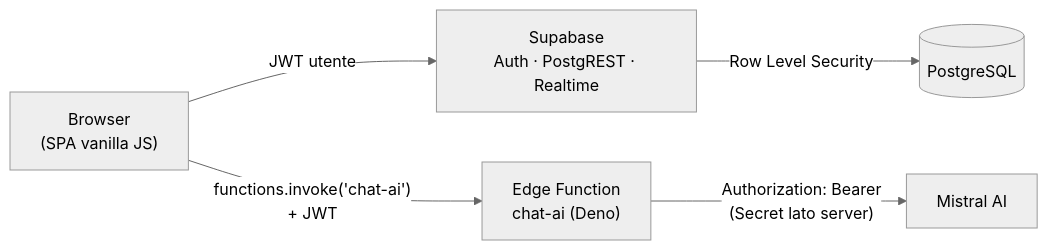
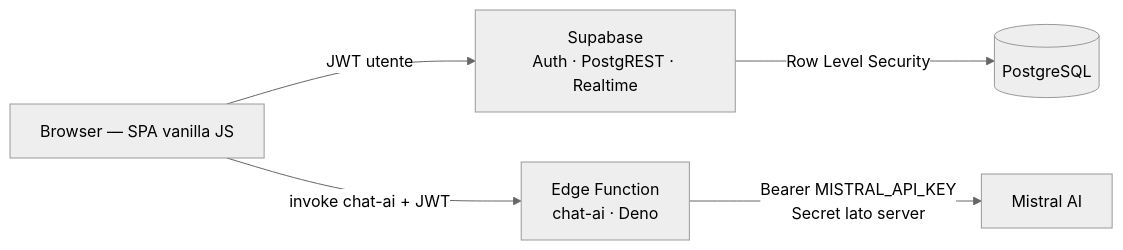
One commit to chiarafioref/MyWallet changed the diagram in README.md. Above: the diagram before and after it, drawn with Mermaid (neutral theme).

Commit message:
docs: semplifica diagramma mermaid

````diff
--- a/README.md
+++ b/README.md
@@ -121,7 +121,7 @@
 ```mermaid
 flowchart LR
-    B["Browser<br/>(SPA vanilla JS)"] -- "JWT utente" --> S["Supabase<br/>Auth · PostgREST · Realtime"]
+    B["Browser — SPA vanilla JS"] -- "JWT utente" --> S["Supabase<br/>Auth · PostgREST · Realtime"]
     S -- "Row Level Security" --> DB[("PostgreSQL")]
-    B -- "functions.invoke('chat-ai')<br/>+ JWT" --> EF["Edge Function<br/>chat-ai (Deno)"]
-    EF -- "Authorization: Bearer<br/>(Secret lato server)" --> M["Mistral AI"]
+    B -- "invoke chat-ai + JWT" --> EF["Edge Function<br/>chat-ai · Deno"]
+    EF -- "Bearer MISTRAL_API_KEY<br/>Secret lato server" --> M["Mistral AI"]
 ```
````
